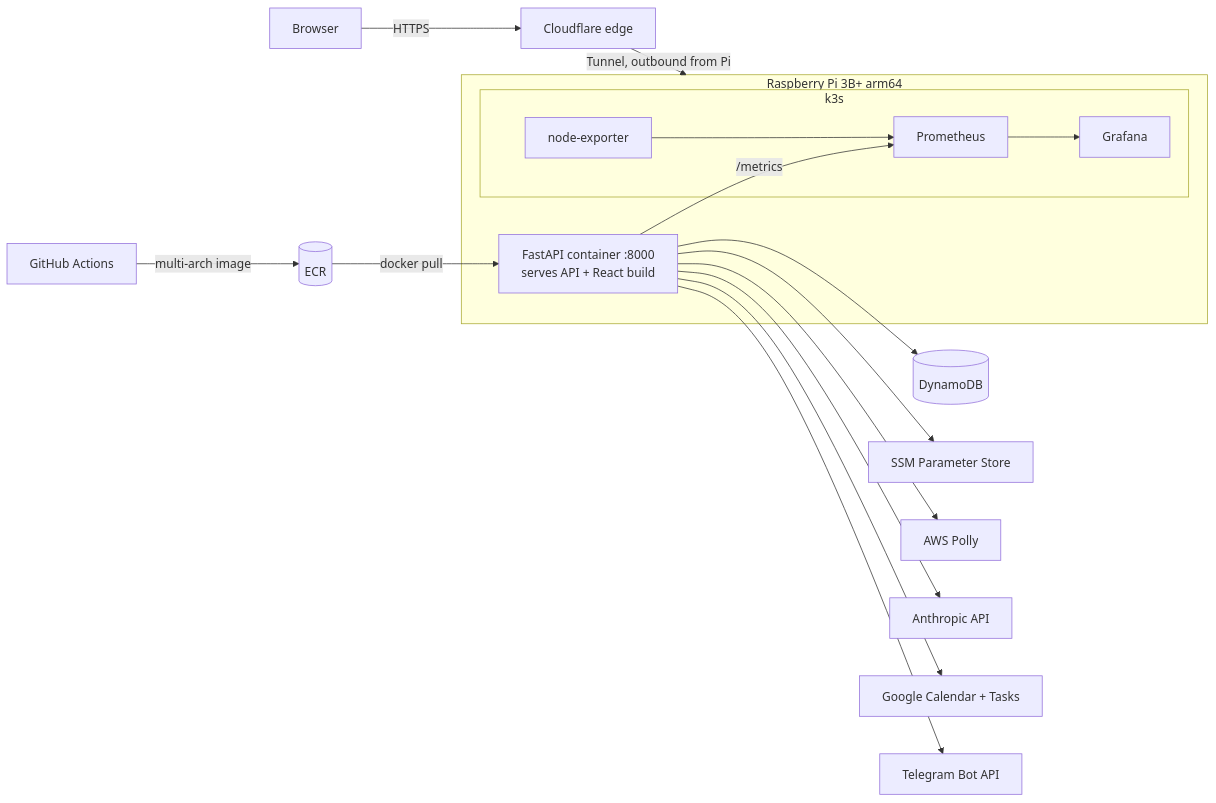
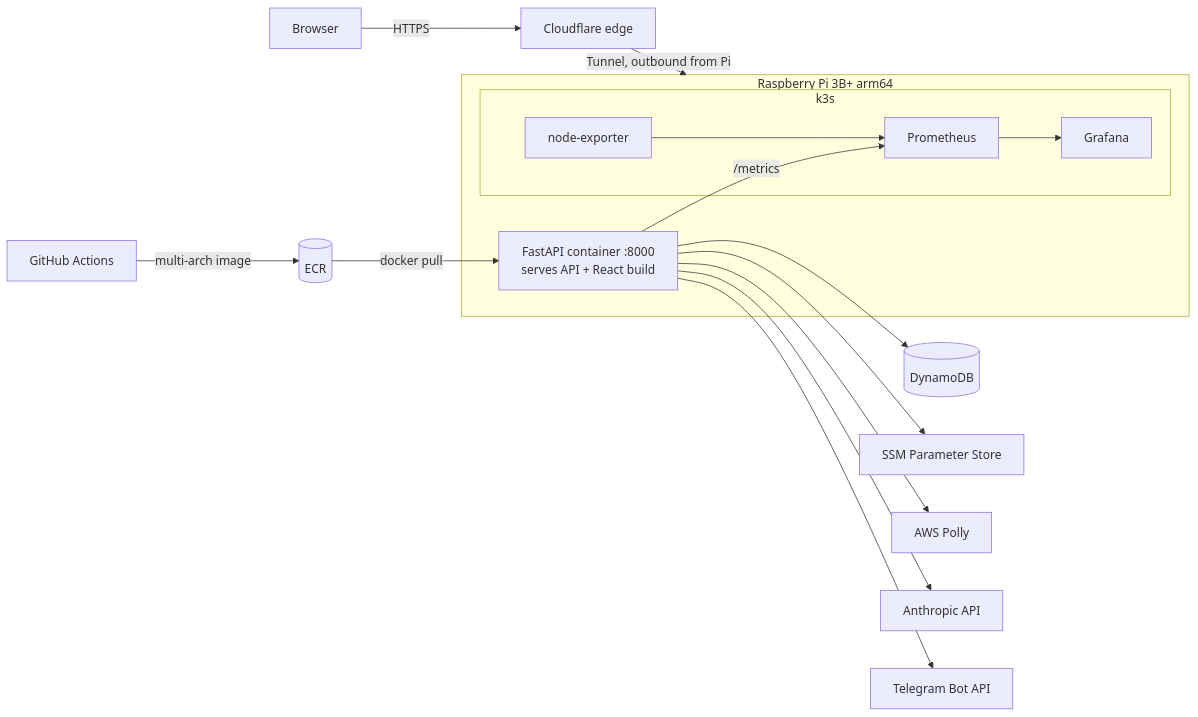
The diagram in docs/cheatsheets/architecture-cheatsheet.md (AlexanderKuzmiankou/MakeMyDays), drawn with Mermaid before and after one commit. The commit also changed other lines of this file and 22 other files, not shown here.

Commit message:
Rebuilt the tasks and calendar page, removed google intergration

````diff
--- a/docs/cheatsheets/architecture-cheatsheet.md
+++ b/docs/cheatsheets/architecture-cheatsheet.md
@@ -9,28 +9,27 @@
 ```mermaid
 flowchart LR
     U[Browser] -->|HTTPS| CF[Cloudflare edge]
     CF -->|Tunnel, outbound from Pi| PI
 
     subgraph PI[Raspberry Pi 3B+ arm64]
         APP[FastAPI container :8000<br/>serves API + React build]
         subgraph K3S[k3s]
             PROM[Prometheus]
             GRAF[Grafana]
             NE[node-exporter]
         end
     end
 
     APP -->|/metrics| PROM
     NE --> PROM
     PROM --> GRAF
 
     APP --> DDB[(DynamoDB)]
     APP --> SSM[SSM Parameter Store]
     APP --> POLLY[AWS Polly]
     APP --> CLAUDE[Anthropic API]
-    APP --> GCAL[Google Calendar + Tasks]
     APP --> TG[Telegram Bot API]
 
     GH[GitHub Actions] -->|multi-arch image| ECR[(ECR)]
     ECR -->|docker pull| APP
 ```
````
